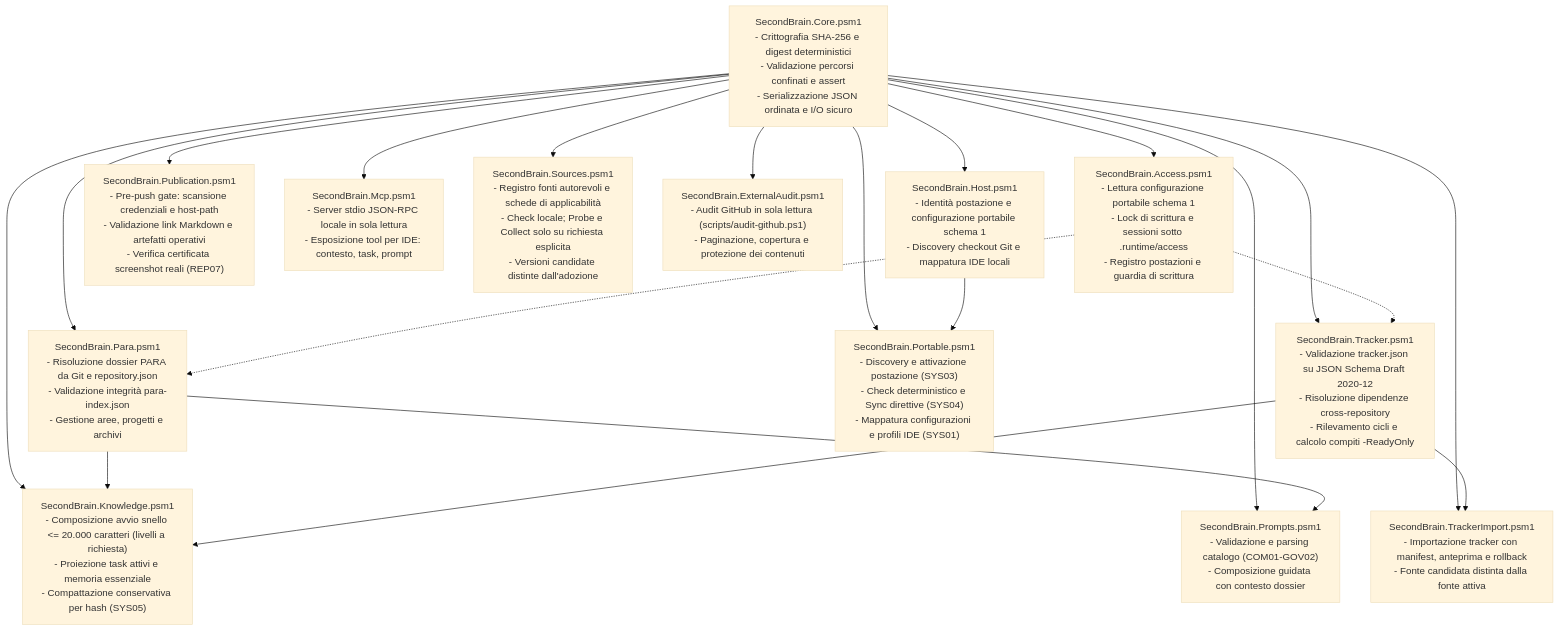
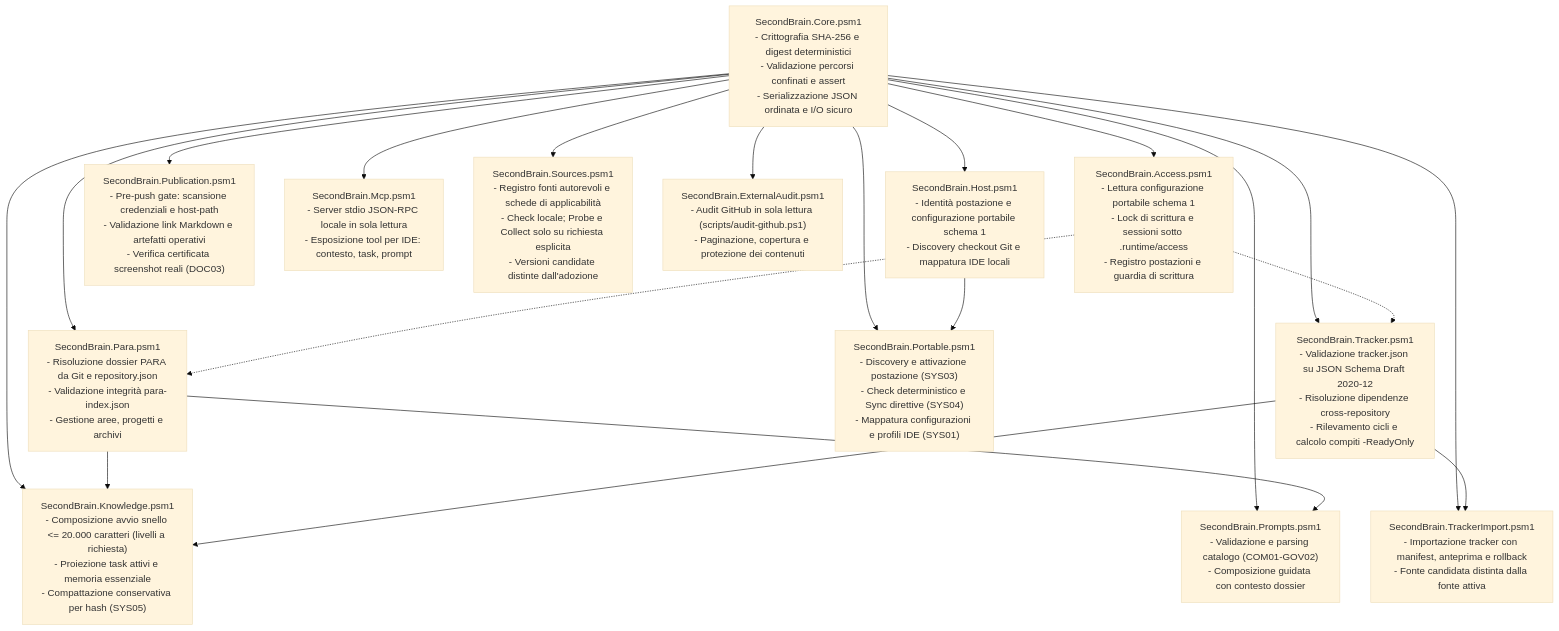
Before and after one commit to dennidalpos/secondbrain: the second of 7 diagrams in docs/riferimento/architecture.md, drawn with Mermaid (base theme). The commit also changed other lines of this file and 113 other files, not shown here.

````diff
--- a/docs/riferimento/architecture.md
+++ b/docs/riferimento/architecture.md
@@ -43,49 +43,49 @@
 ```mermaid
 flowchart TB
     CORE["SecondBrain.Core.psm1<br/>- Crittografia SHA-256 e digest deterministici<br/>- Validazione percorsi confinati e assert<br/>- Serializzazione JSON ordinata e I/O sicuro"]
 
     ACCESS["SecondBrain.Access.psm1<br/>- Lettura configurazione portabile schema 1<br/>- Lock di scrittura e sessioni sotto .runtime/access<br/>- Registro postazioni e guardia di scrittura"]
 
     HOST["SecondBrain.Host.psm1<br/>- Identità postazione e configurazione portabile schema 1<br/>- Discovery checkout Git e mappatura IDE locali"]
 
     PARA["SecondBrain.Para.psm1<br/>- Risoluzione dossier PARA da Git e repository.json<br/>- Validazione integrità para-index.json<br/>- Gestione aree, progetti e archivi"]
 
     TRACKER["SecondBrain.Tracker.psm1<br/>- Validazione tracker.json su JSON Schema Draft 2020-12<br/>- Risoluzione dipendenze cross-repository<br/>- Rilevamento cicli e calcolo compiti -ReadyOnly"]
 
     KNOWLEDGE["SecondBrain.Knowledge.psm1<br/>- Composizione avvio snello <= 20.000 caratteri (livelli a richiesta)<br/>- Proiezione task attivi e memoria essenziale<br/>- Compattazione conservativa per hash (SYS05)"]
 
     PORTABLE["SecondBrain.Portable.psm1<br/>- Discovery e attivazione postazione (SYS03)<br/>- Check deterministico e Sync direttive (SYS04)<br/>- Mappatura configurazioni e profili IDE (SYS01)"]
 
     PROMPTS["SecondBrain.Prompts.psm1<br/>- Validazione e parsing catalogo (COM01-GOV02)<br/>- Composizione guidata con contesto dossier"]
 
-    PUBLICATION["SecondBrain.Publication.psm1<br/>- Pre-push gate: scansione credenziali e host-path<br/>- Validazione link Markdown e artefatti operativi<br/>- Verifica certificata screenshot reali (REP07)"]
+    PUBLICATION["SecondBrain.Publication.psm1<br/>- Pre-push gate: scansione credenziali e host-path<br/>- Validazione link Markdown e artefatti operativi<br/>- Verifica certificata screenshot reali (DOC03)"]
 
     MCP["SecondBrain.Mcp.psm1<br/>- Server stdio JSON-RPC locale in sola lettura<br/>- Esposizione tool per IDE: contesto, task, prompt"]
 
     SOURCES["SecondBrain.Sources.psm1<br/>- Registro fonti autorevoli e schede di applicabilità<br/>- Check locale; Probe e Collect solo su richiesta esplicita<br/>- Versioni candidate distinte dall'adozione"]
 
     EXTAUDIT["SecondBrain.ExternalAudit.psm1<br/>- Audit GitHub in sola lettura (scripts/audit-github.ps1)<br/>- Paginazione, copertura e protezione dei contenuti"]
 
     TRACKERIMP["SecondBrain.TrackerImport.psm1<br/>- Importazione tracker con manifest, anteprima e rollback<br/>- Fonte candidata distinta dalla fonte attiva"]
 
     CORE --> ACCESS
     CORE --> HOST
     CORE --> PARA
     CORE --> TRACKER
     CORE --> KNOWLEDGE
     CORE --> PORTABLE
     CORE --> PROMPTS
     CORE --> PUBLICATION
     CORE --> MCP
     CORE --> SOURCES
     CORE --> EXTAUDIT
     CORE --> TRACKERIMP
 
     ACCESS -.-> PARA
     ACCESS -.-> TRACKER
     PARA --> KNOWLEDGE
     TRACKER --> KNOWLEDGE
     TRACKER --> TRACKERIMP
     HOST --> PORTABLE
     PARA --> PROMPTS
 ```
````
